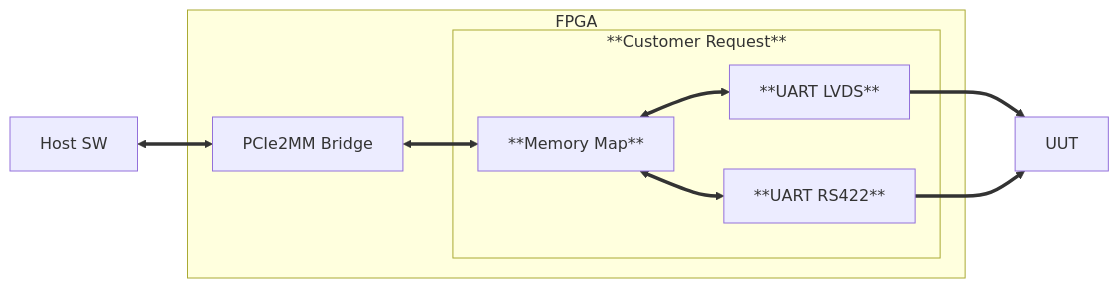
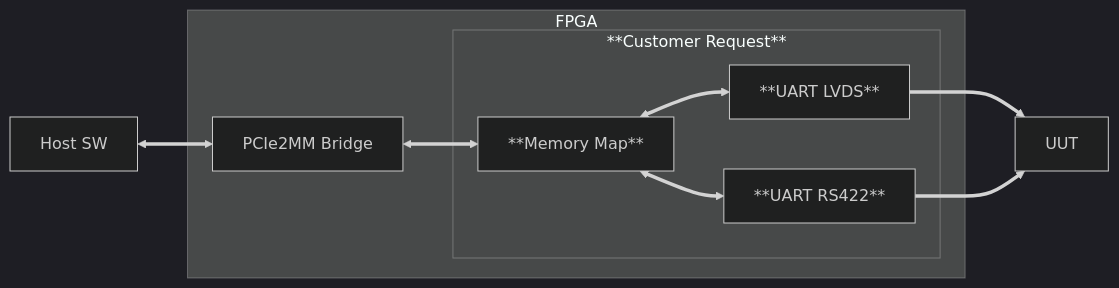
One commit to roajonny/common changed the diagram in docs/source/project/scope_of_work.rst. Above: the diagram before and after it, drawn with Mermaid. The commit also changed 1 other file, not shown here.

Commit message:
Updates coverage schedule chart and SoW diagram to dark mode

```diff
--- a/docs/source/project/scope_of_work.rst
+++ b/docs/source/project/scope_of_work.rst
@@ -16,13 +16,14 @@
 .. mermaid::
 
+   %%{init: {'theme':'dark'}}%%
    flowchart LR
        host[Host SW] <==> a[PCIe2MM Bridge]
        subgraph FPGA
            a[PCIe2MM Bridge] <==> b[**Memory Map**]
            subgraph **Customer Request**
                b[**Memory Map**] <==> c[**UART LVDS**]
                b[**Memory Map**] <==> d[**UART RS422**]
            end
        end
        c[**UART LVDS**]  ==> e[UUT]
        d[**UART RS422**] ==> e[UUT]
```
